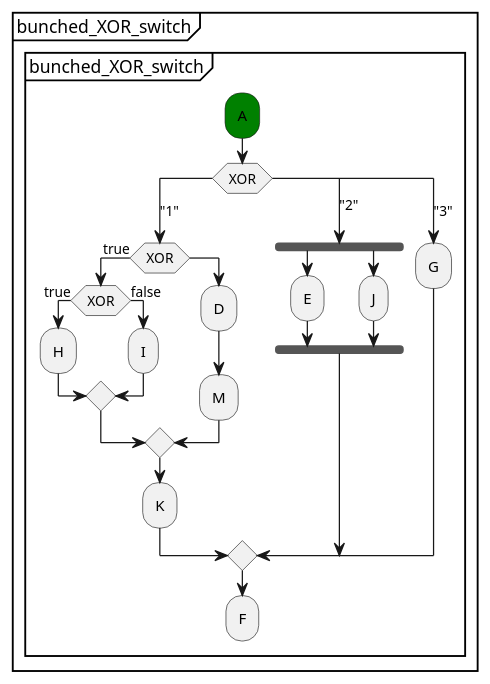
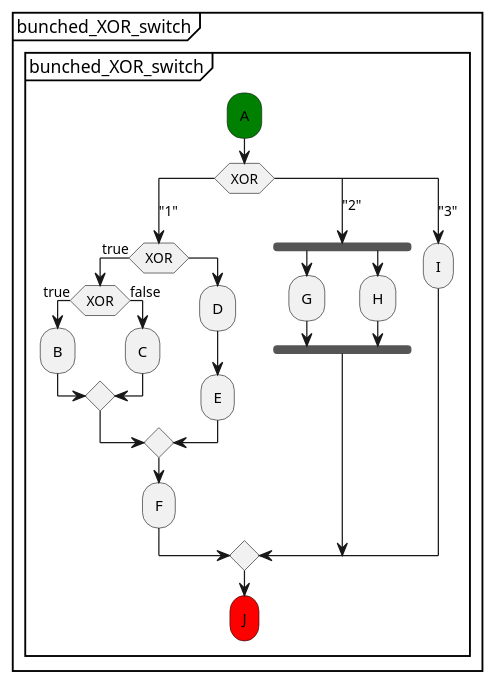
One commit to xtuml/otel2puml changed the diagram in puml_files/bunched_XOR_with_event_ending_logic.puml. Above: the diagram before and after it, drawn with PlantUML. The commit also changed 1 other file, not shown here.

```diff
--- a/puml_files/bunched_XOR_with_event_ending_logic.puml
+++ b/puml_files/bunched_XOR_with_event_ending_logic.puml
@@ -1,30 +1,30 @@
 @startuml
 partition "bunched_XOR_switch" {
     group "bunched_XOR_switch"
         #green:A;
         switch (XOR)
             case ("1")
             if (XOR) then (true)
                 if (XOR) then (true)
-                    :H;
+                    :B;
                 else (false)
-                    :I;
+                    :C;
                 endif
             else
                 :D;
-                :M;
+                :E;
             endif
-            :K;
+            :F;
             case ("2")
             fork
-                :E;
+                :G;
             fork again
-                :J;
+                :H;
             end fork
             case ("3")
-            :G;
+            :I;
         endswitch
-        :F;
+        #red:J;
     end group
 }
 @enduml
```
